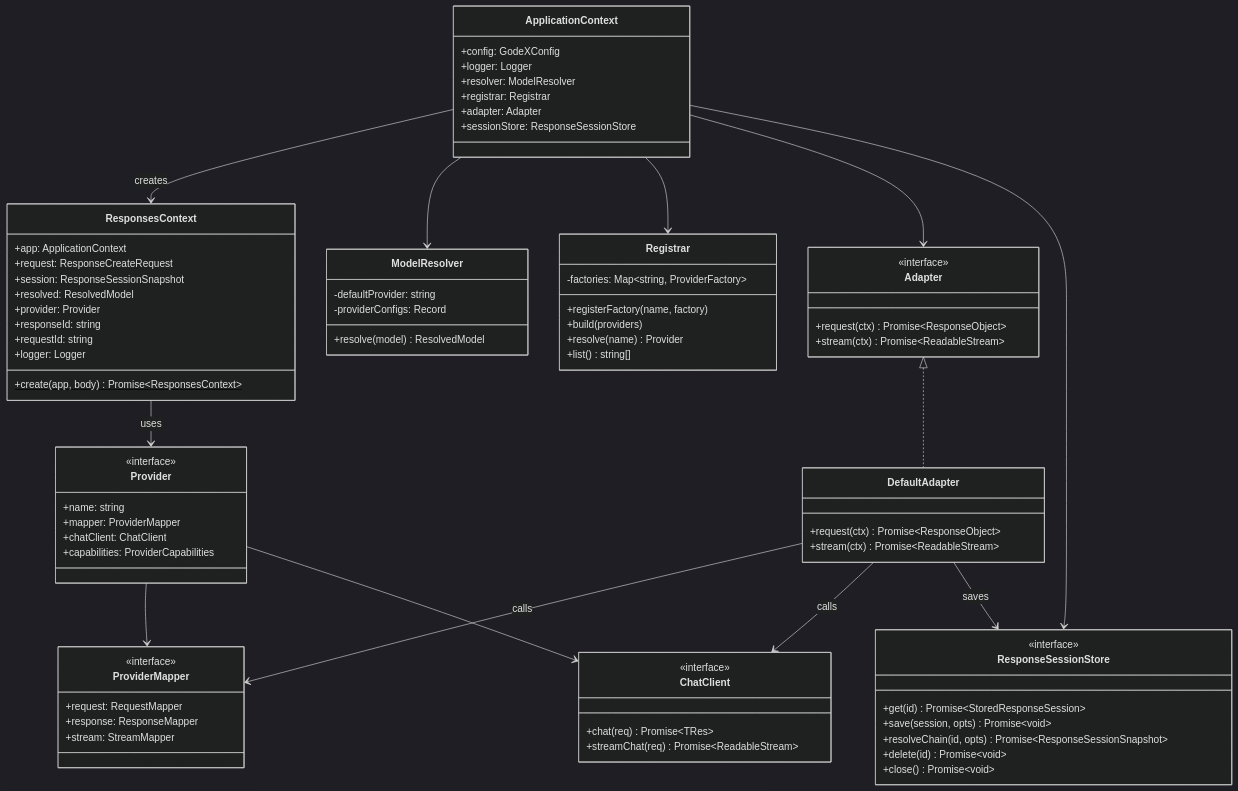
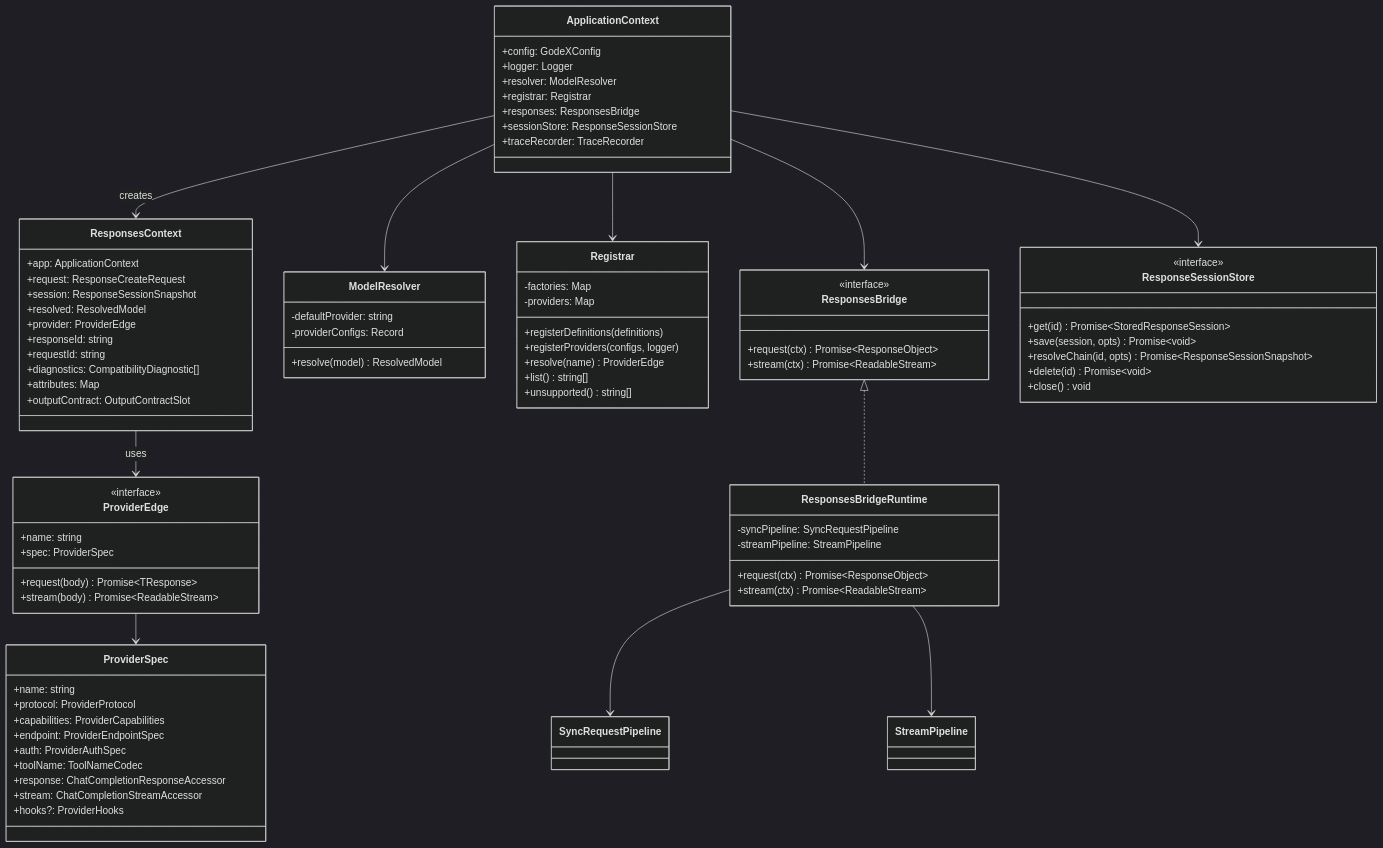
The first of 2 diagrams in wiki/02-architecture/overview.md (zamelee/GodeX), drawn with Mermaid (dark theme) before and after one commit. The commit also changed other lines of this file and 46 other files, not shown here.

````diff
--- a/wiki/02-architecture/overview.md
+++ b/wiki/02-architecture/overview.md
@@ -19,8 +19,9 @@
     +logger: Logger
     +resolver: ModelResolver
     +registrar: Registrar
-    +adapter: Adapter
+    +responses: ResponsesBridge
     +sessionStore: ResponseSessionStore
+    +traceRecorder: TraceRecorder
   }
 
   class ResponsesContext {
@@ -28,11 +29,12 @@
     +request: ResponseCreateRequest
     +session: ResponseSessionSnapshot
     +resolved: ResolvedModel
-    +provider: Provider
+    +provider: ProviderEdge
     +responseId: string
     +requestId: string
-    +logger: Logger
-    +create(app, body)$ Promise~ResponsesContext~
+    +diagnostics: CompatibilityDiagnostic[]
+    +attributes: Map
+    +outputContract: OutputContractSlot
   }
 
   class ModelResolver {
@@ -42,43 +44,46 @@
   }
 
   class Registrar {
-    -factories: Map~string, ProviderFactory~
-    +registerFactory(name, factory)
-    +build(providers)
-    +resolve(name) Provider
+    -factories: Map
+    -providers: Map
+    +registerDefinitions(definitions)
+    +registerProviders(configs, logger)
+    +resolve(name) ProviderEdge
     +list() string[]
+    +unsupported() string[]
   }
 
-  class Adapter {
+  class ResponsesBridge {
     <<interface>>
     +request(ctx) Promise~ResponseObject~
     +stream(ctx) Promise~ReadableStream~
   }
 
-  class DefaultAdapter {
+  class ResponsesBridgeRuntime {
+    -syncPipeline: SyncRequestPipeline
+    -streamPipeline: StreamPipeline
     +request(ctx) Promise~ResponseObject~
     +stream(ctx) Promise~ReadableStream~
   }
 
-  class Provider {
+  class ProviderEdge {
     <<interface>>
     +name: string
-    +mapper: ProviderMapper
-    +chatClient: ChatClient
-    +capabilities: ProviderCapabilities
+    +spec: ProviderSpec
+    +request(body) Promise~TResponse~
+    +stream(body) Promise~ReadableStream~
   }
 
-  class ProviderMapper {
-    <<interface>>
-    +request: RequestMapper
-    +response: ResponseMapper
-    +stream: StreamMapper
-  }
-
-  class ChatClient {
-    <<interface>>
-    +chat(req) Promise~TRes~
-    +streamChat(req) Promise~ReadableStream~
+  class ProviderSpec {
+    +name: string
+    +protocol: ProviderProtocol
+    +capabilities: ProviderCapabilities
+    +endpoint: ProviderEndpointSpec
+    +auth: ProviderAuthSpec
+    +toolName: ToolNameCodec
+    +response: ChatCompletionResponseAccessor
+    +stream: ChatCompletionStreamAccessor
+    +hooks?: ProviderHooks
   }
 
   class ResponseSessionStore {
@@ -87,19 +92,17 @@
     +save(session, opts) Promise~void~
     +resolveChain(id, opts) Promise~ResponseSessionSnapshot~
     +delete(id) Promise~void~
-    +close() Promise~void~
+    +close() void
   }
 
   ApplicationContext --> ResponsesContext : creates
   ApplicationContext --> ModelResolver
   ApplicationContext --> Registrar
-  ApplicationContext --> Adapter
+  ApplicationContext --> ResponsesBridge
   ApplicationContext --> ResponseSessionStore
-  ResponsesContext --> Provider : uses
-  Provider --> ProviderMapper
-  Provider --> ChatClient
-  Adapter <|.. DefaultAdapter
-  DefaultAdapter --> ProviderMapper : calls
-  DefaultAdapter --> ChatClient : calls
-  DefaultAdapter --> ResponseSessionStore : saves
+  ResponsesContext --> ProviderEdge : uses
+  ProviderEdge --> ProviderSpec
+  ResponsesBridge <|.. ResponsesBridgeRuntime
+  ResponsesBridgeRuntime --> SyncRequestPipeline
+  ResponsesBridgeRuntime --> StreamPipeline
 ```
````
